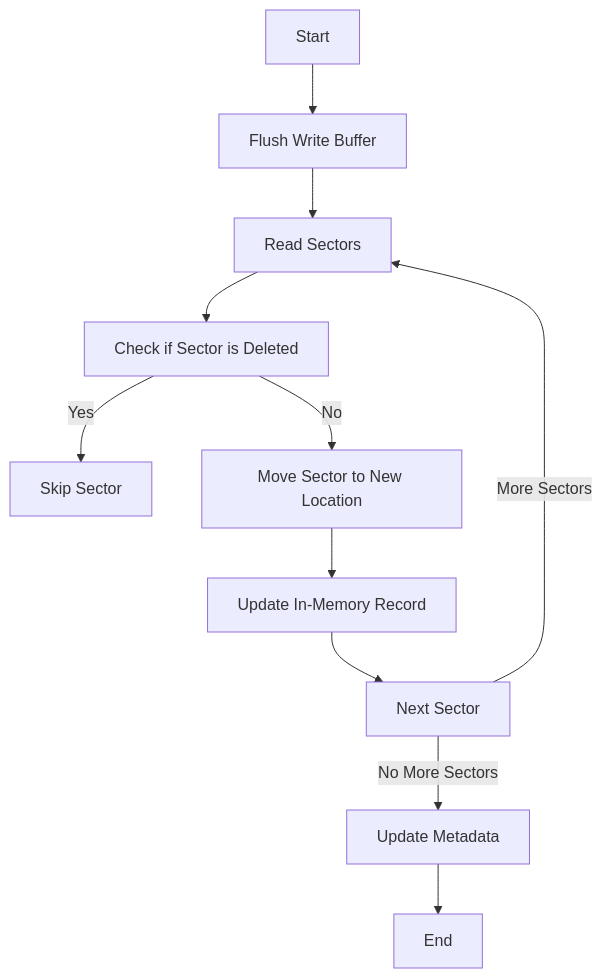
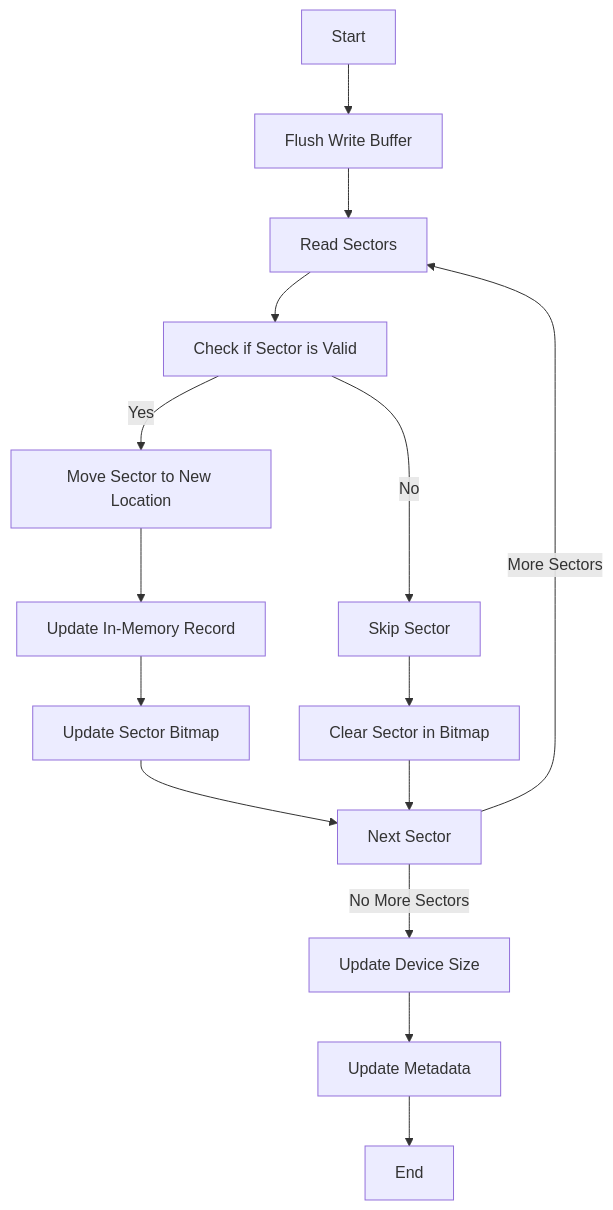
The eighth of 10 diagrams in TechnicalDesign.md (mehrantsi/high-performance-kv-store), drawn with Mermaid before and after one commit. The commit also changed other lines of this file, not shown here.

````diff
--- a/TechnicalDesign.md
+++ b/TechnicalDesign.md
@@ -515,13 +500,17 @@
 ```mermaid
 flowchart TD
     A[Start] --> B[Flush Write Buffer]
     B --> C[Read Sectors]
-    C --> D[Check if Sector is Deleted]
-    D -->|Yes| E[Skip Sector]
-    D -->|No| F[Move Sector to New Location]
-    F --> G[Update In-Memory Record]
-    G --> H[Next Sector]
-    H -->|More Sectors| C
-    H -->|No More Sectors| I[Update Metadata]
-    I --> J[End]
+    C --> D[Check if Sector is Valid]
+    D -->|Yes| E[Move Sector to New Location]
+    D -->|No| F[Skip Sector]
+    E --> G[Update In-Memory Record]
+    G --> H[Update Sector Bitmap]
+    F --> I[Clear Sector in Bitmap]
+    H --> J[Next Sector]
+    I --> J
+    J -->|More Sectors| C
+    J -->|No More Sectors| K[Update Device Size]
+    K --> L[Update Metadata]
+    L --> M[End]
 ```
````
